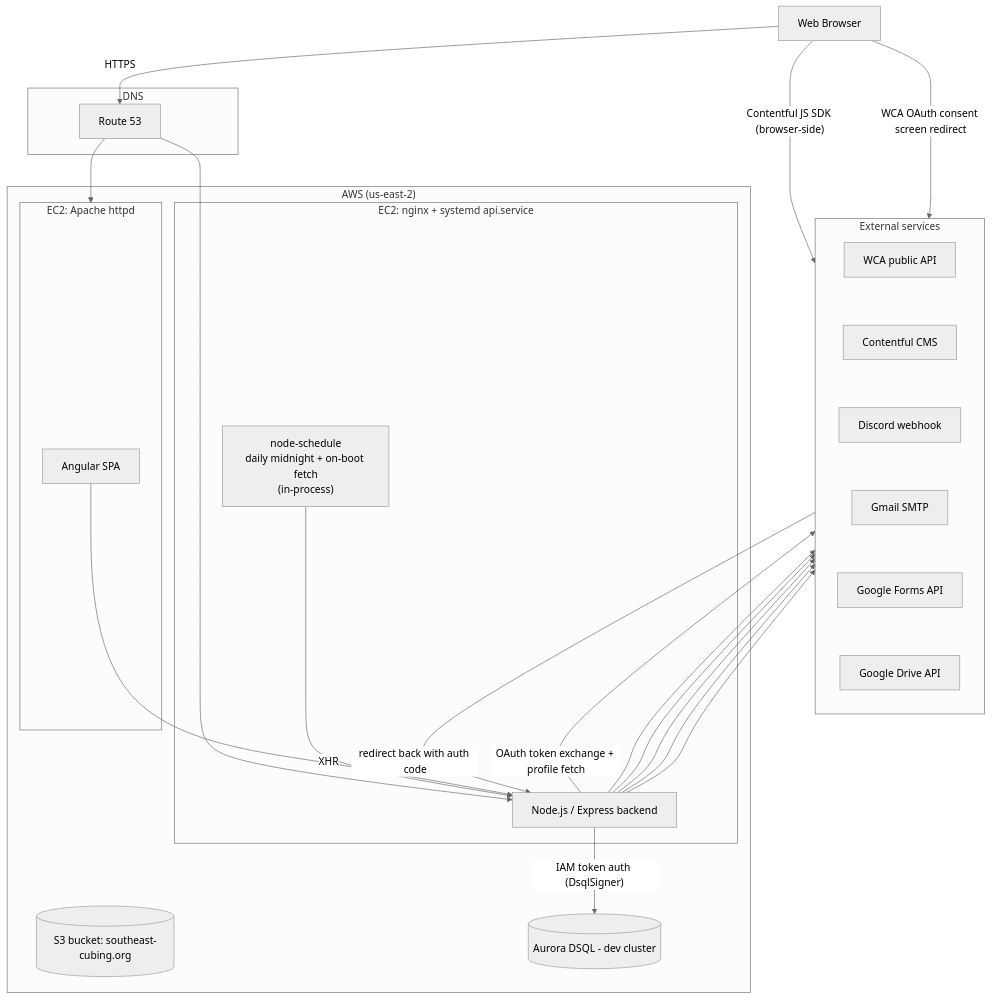
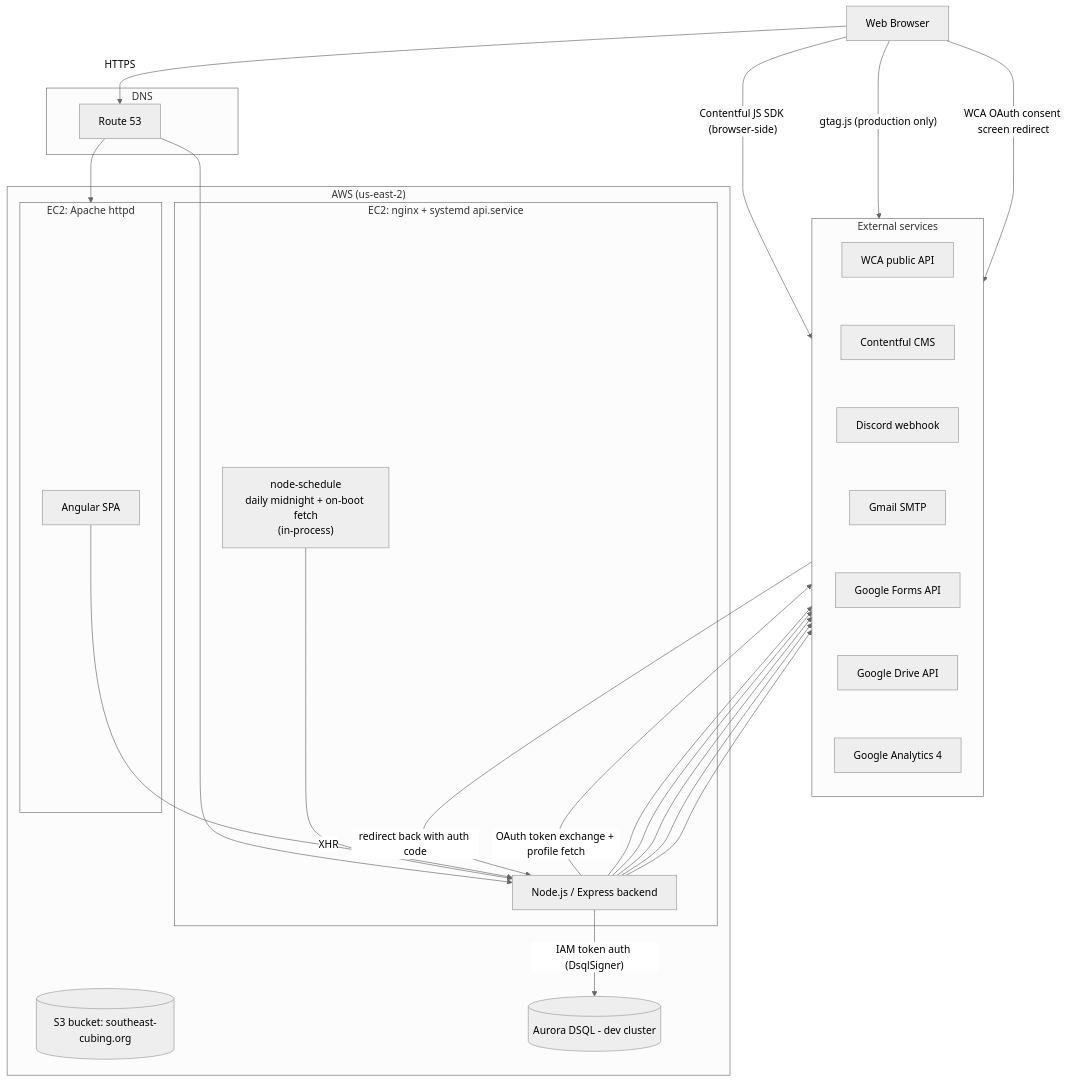
One commit to Jambrose777/SoutheastCubing.org changed the diagram in ARCHITECTURE.md. Above: the diagram before and after it, drawn with Mermaid (neutral theme). The commit also changed other lines of this file and 5 other files, not shown here.

Commit message:
Gate Google Analytics to production frontend

````diff
--- a/ARCHITECTURE.md
+++ b/ARCHITECTURE.md
@@ -12,47 +12,49 @@
 ```mermaid
 flowchart TB
     Browser["Web Browser"]
 
     subgraph DNS["DNS"]
         R53["Route 53"]
     end
 
     subgraph AWS["AWS (us-east-2)"]
         subgraph FEHost["EC2: Apache httpd"]
             FE["Angular SPA"]
         end
         subgraph BEHost["EC2: nginx + systemd api.service"]
             BE["Node.js / Express backend"]
             Cron["node-schedule\ndaily midnight + on-boot fetch\n(in-process)"]
         end
         S3[("S3 bucket: southeast-cubing.org")]
         DSQL[("Aurora DSQL - dev cluster")]
     end
 
     subgraph External["External services"]
         direction TB
         WCA["WCA public API"]
         Contentful["Contentful CMS"]
         Discord["Discord webhook"]
         Gmail["Gmail SMTP"]
         GForms["Google Forms API"]
         GDrive["Google Drive API"]
-        WCA ~~~ Contentful ~~~ Discord ~~~ Gmail ~~~ GForms ~~~ GDrive
+        GA4["Google Analytics 4"]
+        WCA ~~~ Contentful ~~~ Discord ~~~ Gmail ~~~ GForms ~~~ GDrive ~~~ GA4
     end
 
     Browser -->|HTTPS| R53
     R53 --> FEHost
     R53 --> BE
     Cron --> BE
     FE -->|"XHR"| BE
     Browser -->|"Contentful JS SDK (browser-side)"| Contentful
+    Browser -->|"gtag.js (production only)"| GA4
     Browser -->|"WCA OAuth consent screen redirect"| WCA
     WCA -->|"redirect back with auth code"| BE
     BE -->|"IAM token auth (DsqlSigner)"| DSQL
     BE -->|"OAuth token exchange + profile fetch"| WCA
     BE --> Contentful
     BE --> Discord
     BE --> Gmail
     BE --> GForms
     BE --> GDrive
 ```
````
